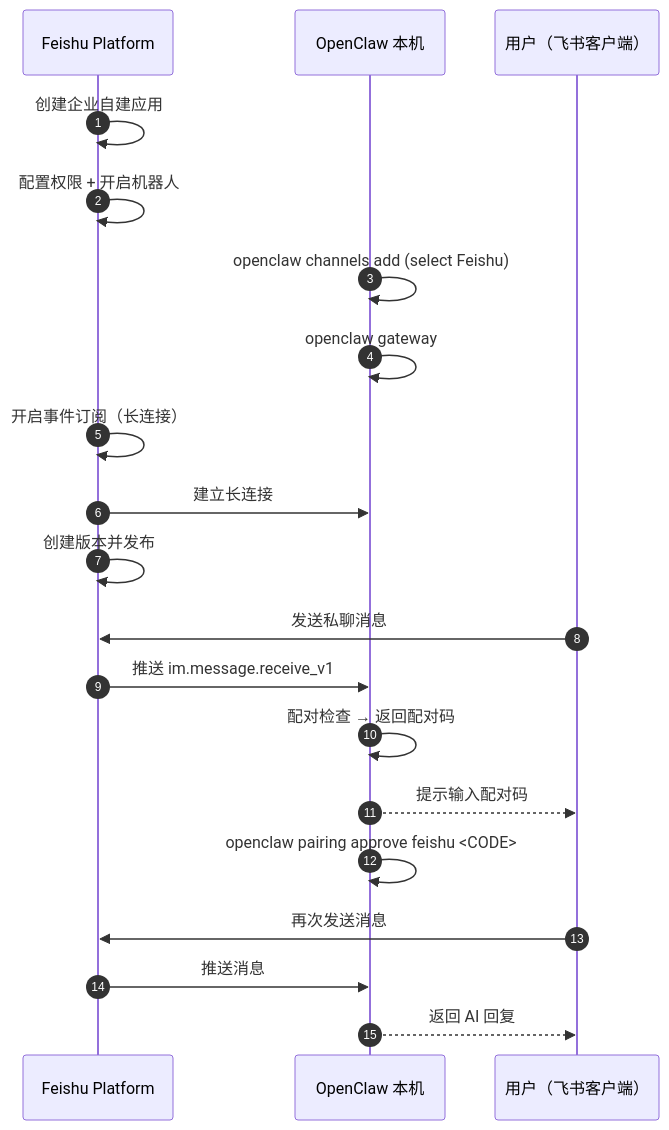
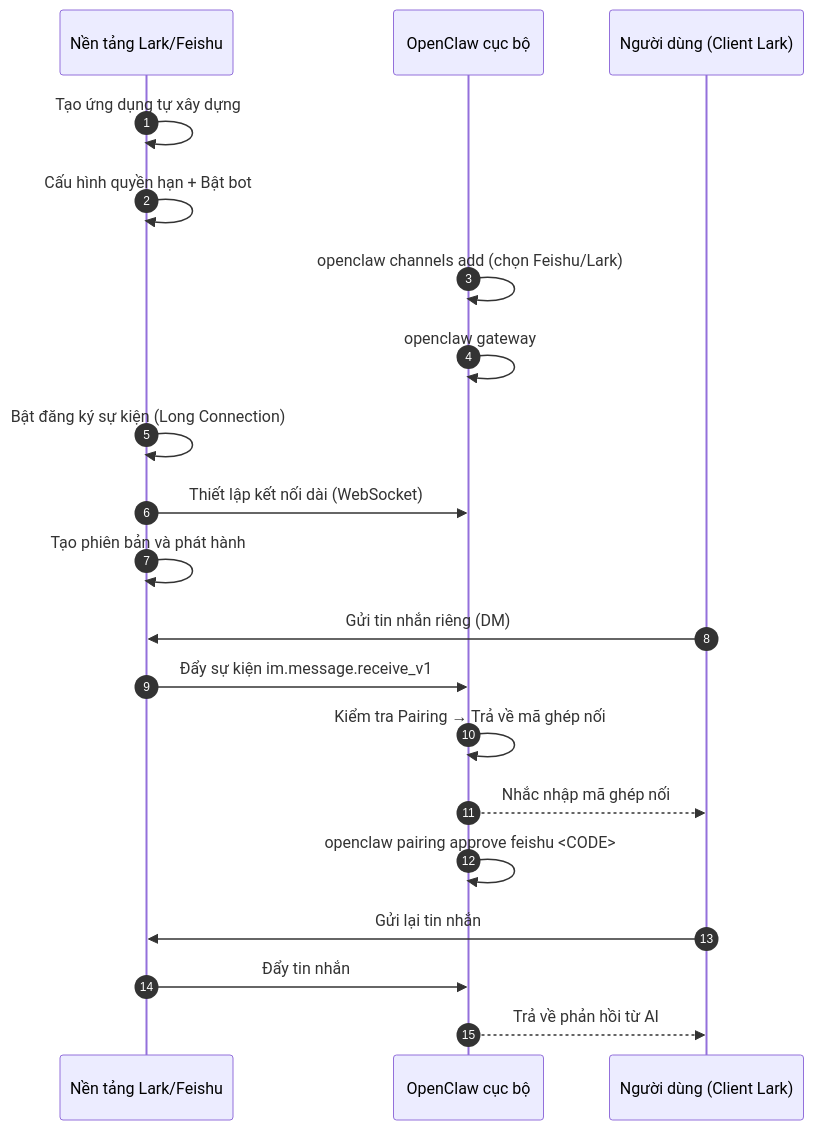
One commit to dino-edu/openclaw_guide changed the diagram in 07_multi_agent/7.2_lark_integration.md. Above: the diagram before and after it, drawn with Mermaid. The commit also changed other lines of this file and 24 other files, not shown here.

````diff
--- a/07_multi_agent/7.2_lark_integration.md
+++ b/07_multi_agent/7.2_lark_integration.md
@@ -28,23 +28,23 @@
 ```mermaid
 sequenceDiagram
     autonumber
-    participant FS as Feishu Platform
-    participant OC as OpenClaw 本机
-    participant User as 用户（飞书客户端）
+    participant FS as Nền tảng Lark/Feishu
+    participant OC as OpenClaw cục bộ
+    participant User as Người dùng (Client Lark)
 
-    FS->>FS: 创建企业自建应用
-    FS->>FS: 配置权限 + 开启机器人
-    OC->>OC: openclaw channels add (select Feishu)
+    FS->>FS: Tạo ứng dụng tự xây dựng
+    FS->>FS: Cấu hình quyền hạn + Bật bot
+    OC->>OC: openclaw channels add (chọn Feishu/Lark)
     OC->>OC: openclaw gateway
-    FS->>FS: 开启事件订阅（长连接）
-    FS->>OC: 建立长连接
-    FS->>FS: 创建版本并发布
-    User->>FS: 发送私聊消息
-    FS->>OC: 推送 im.message.receive_v1
-    OC->>OC: 配对检查 → 返回配对码
-    OC-->>User: 提示输入配对码
+    FS->>FS: Bật đăng ký sự kiện (Long Connection)
+    FS->>OC: Thiết lập kết nối dài (WebSocket)
+    FS->>FS: Tạo phiên bản và phát hành
+    User->>FS: Gửi tin nhắn riêng (DM)
+    FS->>OC: Đẩy sự kiện im.message.receive_v1
+    OC->>OC: Kiểm tra Pairing → Trả về mã ghép nối
+    OC-->>User: Nhắc nhập mã ghép nối
     OC->>OC: openclaw pairing approve feishu <CODE>
-    User->>FS: 再次发送消息
-    FS->>OC: 推送消息
-    OC-->>User: 返回 AI 回复
+    User->>FS: Gửi lại tin nhắn
+    FS->>OC: Đẩy tin nhắn
+    OC-->>User: Trả về phản hồi từ AI
 ```
````
